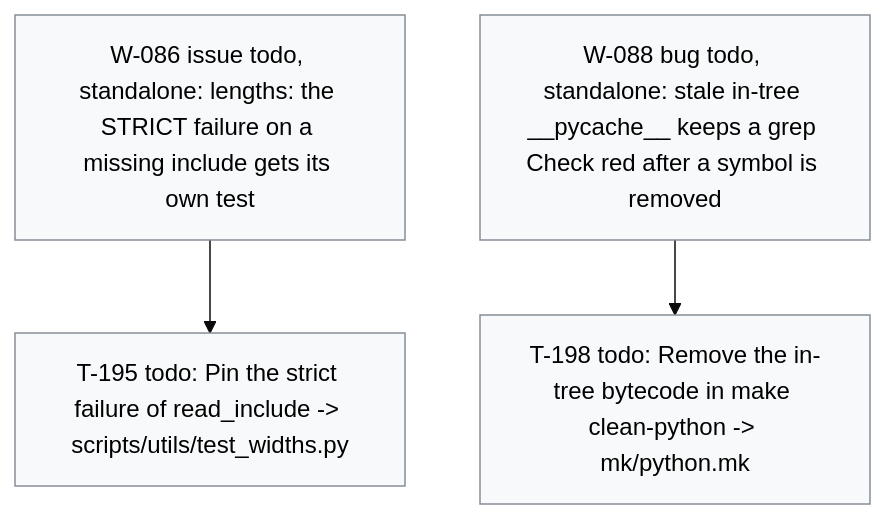
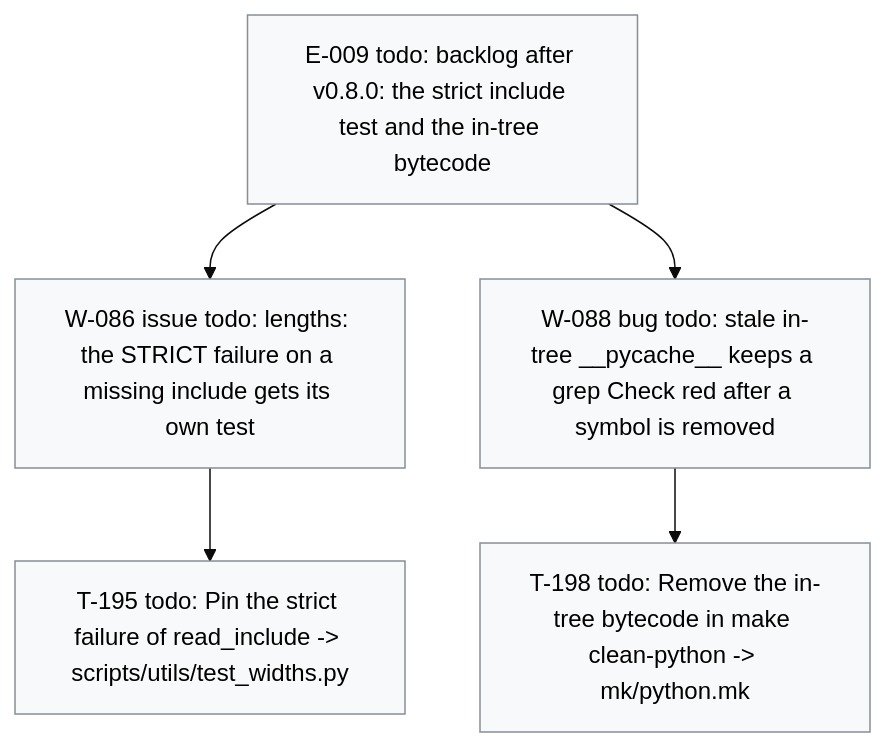
The diagram in .board/BOARD.md (dpopchev/chaos-to-simple), drawn with Mermaid (base theme) before and after one commit. The commit also changed other lines of this file and 4 other files, not shown here.

````diff
--- a/.board/BOARD.md
+++ b/.board/BOARD.md
@@ -519,13 +520,14 @@
 ```mermaid
 flowchart TD
-  W086["W-086 issue todo, standalone: lengths: the STRICT failure on a missing include gets its own test"]
+  E009["E-009 todo: backlog after v0.8.0: the strict include test and the in-tree bytecode"]
+  E009 --> W086["W-086 issue todo: lengths: the STRICT failure on a missing include gets its own test"]
   W086 --> T195["T-195 todo: Pin the strict failure of read_include -> scripts/utils/test_widths.py"]
-  W088["W-088 bug todo, standalone: stale in-tree __pycache__ keeps a grep Check red after a symbol is removed"]
+  E009 --> W088["W-088 bug todo: stale in-tree __pycache__ keeps a grep Check red after a symbol is removed"]
   W088 --> T198["T-198 todo: Remove the in-tree bytecode in make clean-python -> mk/python.mk"]
   classDef doing fill:#fff3bf,stroke:#b58900,color:#000;
   classDef blocked fill:#ffe3e3,stroke:#c92a2a,color:#000;
   classDef done fill:#e6ffed,stroke:#2b8a3e,color:#000;
   classDef todo fill:#f8f9fa,stroke:#868e96,color:#000;
   classDef pruned fill:#f1f3f5,stroke:#adb5bd,color:#000;
-  class W086,T195,W088,T198 todo
+  class E009,W086,T195,W088,T198 todo
 ```
````
